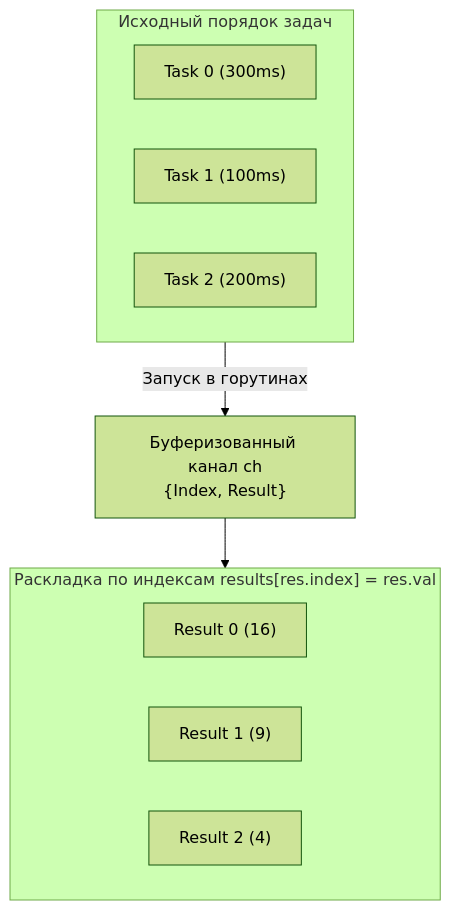
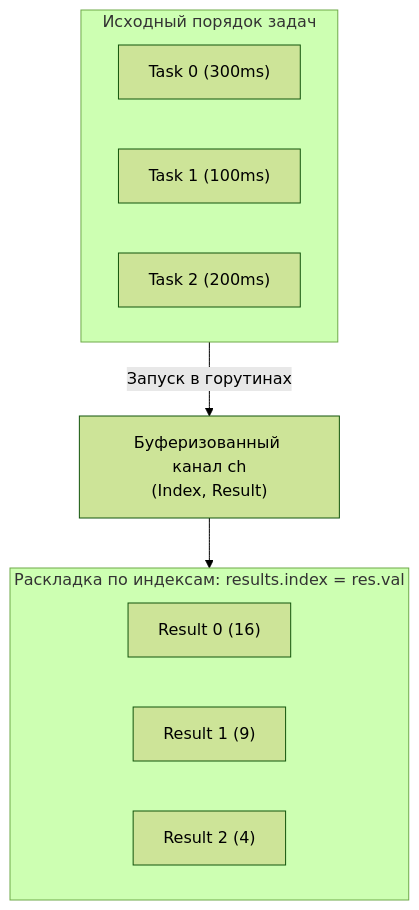
Before and after one commit to Alex808r/go-production-engineering: diagram 15 of 16 in go-documentation/03-go-core-concurrency.md, drawn with Mermaid (forest theme). The commit also changed other lines of this file and 6 other files, not shown here.

Commit message:
docs(all): fix mermaid syntax errors, escape tokens and prevent preview reset (#72)

````diff
--- a/go-documentation/03-go-core-concurrency.md
+++ b/go-documentation/03-go-core-concurrency.md
@@ -1778,18 +1774,18 @@
 ```mermaid
-graph TD
+flowchart TD
     subgraph Input["Исходный порядок задач"]
         F0["Task 0 (300ms)"]
         F1["Task 1 (100ms)"]
         F2["Task 2 (200ms)"]
     end
 
-    Input -->|"Запуск в горутинах"| Workers["Буферизованный канал ch<br/>{Index, Result}"]
+    Input -->|"Запуск в горутинах"| Workers["Буферизованный канал ch<br/>(Index, Result)"]
 
-    subgraph Order["Раскладка по индексам results[res.index] = res.val"]
+    subgraph Order["Раскладка по индексам: results.index = res.val"]
         R0["Result 0 (16)"]
         R1["Result 1 (9)"]
         R2["Result 2 (4)"]
     end
 
     Workers --> Order
 ```
````
